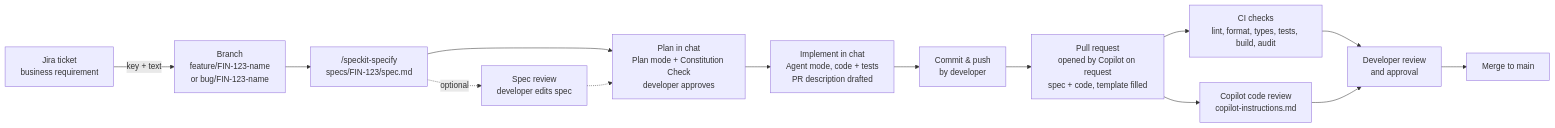
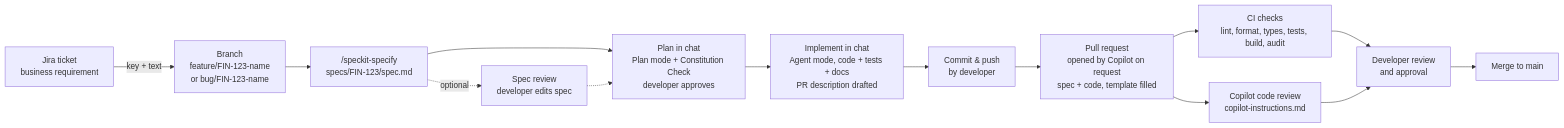
One commit to fs-fabianperler/testrepo changed the diagram in README.md. Above: the diagram before and after it, drawn with Mermaid. The commit also changed other lines of this file and 9 other files, not shown here.

Commit message:
Add documentation flow

````diff
--- a/README.md
+++ b/README.md
@@ -11,16 +11,16 @@
 ```mermaid
 flowchart LR
   J["Jira ticket<br/>business requirement"] -->|"key + text"| B["Branch<br/>feature/FIN-123-name<br/>or bug/FIN-123-name"]
   B --> S["/speckit-specify<br/>specs/FIN-123/spec.md"]
   S -.->|optional| R["Spec review<br/>developer edits spec"]
   S --> P["Plan in chat<br/>Plan mode + Constitution Check<br/>developer approves"]
   R -.-> P
-  P --> I["Implement in chat<br/>Agent mode, code + tests<br/>PR description drafted"]
+  P --> I["Implement in chat<br/>Agent mode, code + tests + docs<br/>PR description drafted"]
   I --> C["Commit & push<br/>by developer"]
   C --> PR["Pull request<br/>opened by Copilot on request<br/>spec + code, template filled"]
   PR --> CI["CI checks<br/>lint, format, types, tests, build, audit"]
   PR --> CR["Copilot code review<br/>copilot-instructions.md"]
   CI --> H["Developer review<br/>and approval"]
   CR --> H
   H --> M["Merge to main"]
 ```
````
